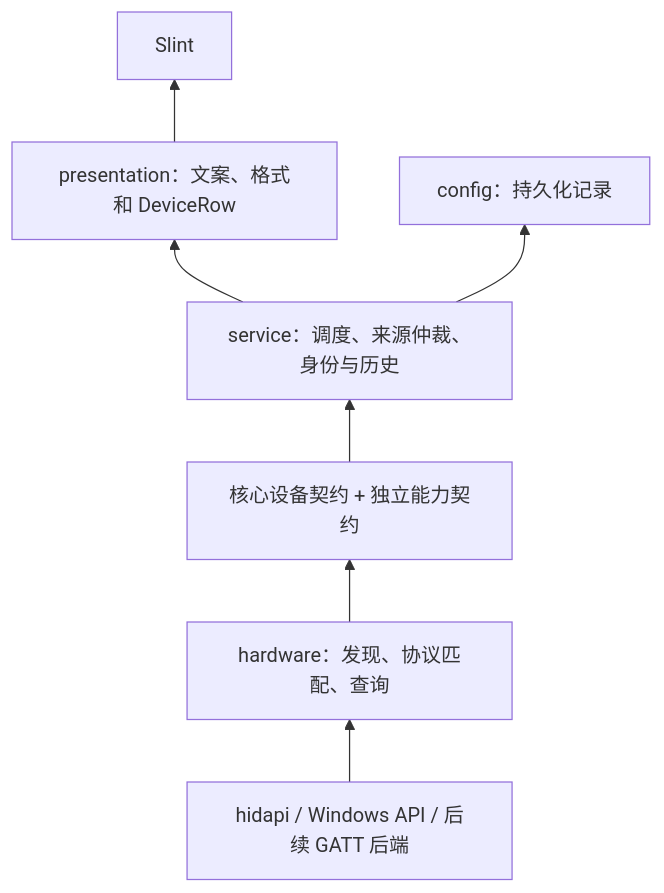
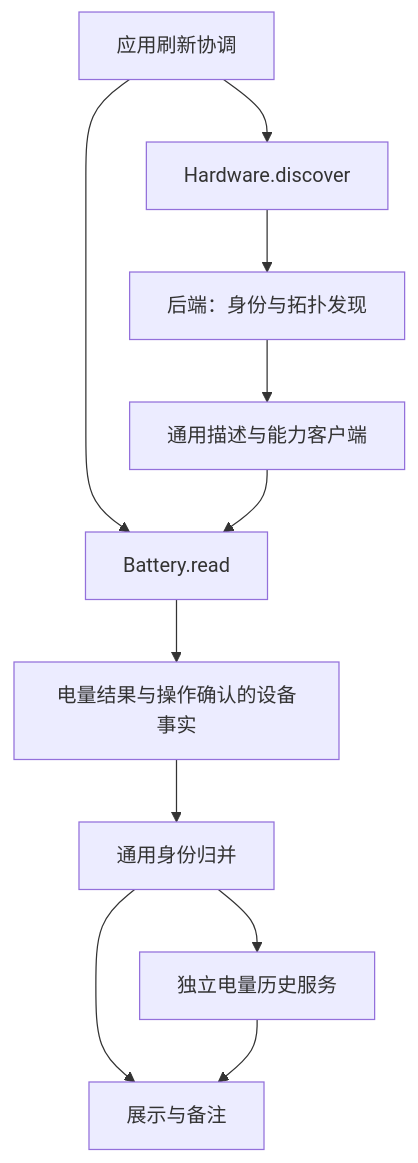
Before and after one commit to FoLeaf/Periph-In-One: the diagram in docs/HARDWARE-ARCHITECTURE.md, drawn with Mermaid. The commit also changed other lines of this file and 4 other files, not shown here.

````diff
--- a/docs/HARDWARE-ARCHITECTURE.md
+++ b/docs/HARDWARE-ARCHITECTURE.md
@@ -40,9 +26,13 @@
 ```mermaid
-flowchart BT
-    IO[hidapi / Windows API / 后续 GATT 后端] --> HW[hardware：发现、协议匹配、查询]
-    HW --> C[核心设备契约 + 独立能力契约]
-    C --> S[service：调度、来源仲裁、身份与历史]
-    S --> P[presentation：文案、格式和 DeviceRow]
-    P --> UI[Slint]
-    S --> CFG[config：持久化记录]
+flowchart TD
+    A[应用刷新协调] --> B[Hardware.discover]
+    B --> C[后端：身份与拓扑发现]
+    C --> D[通用描述与能力客户端]
+    A --> E[Battery.read]
+    D --> E
+    E --> F[电量结果与操作确认的设备事实]
+    F --> G[通用身份归并]
+    G --> H[独立电量历史服务]
+    G --> I[展示与备注]
+    H --> I
 ```
````
